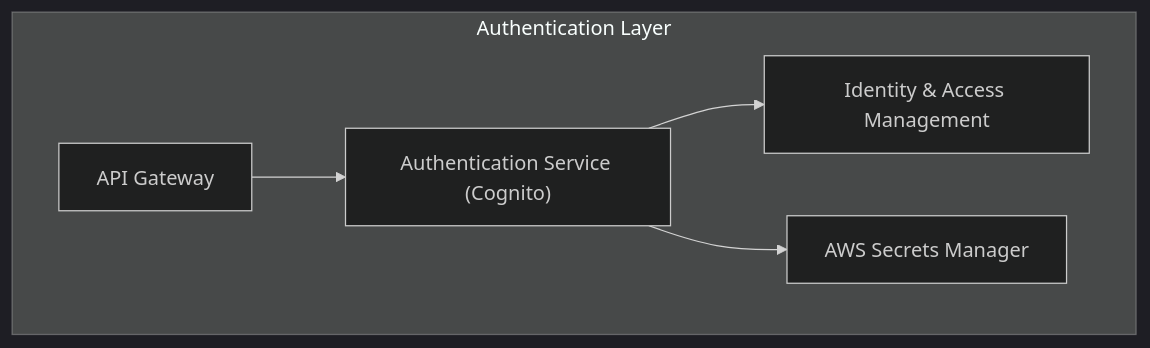
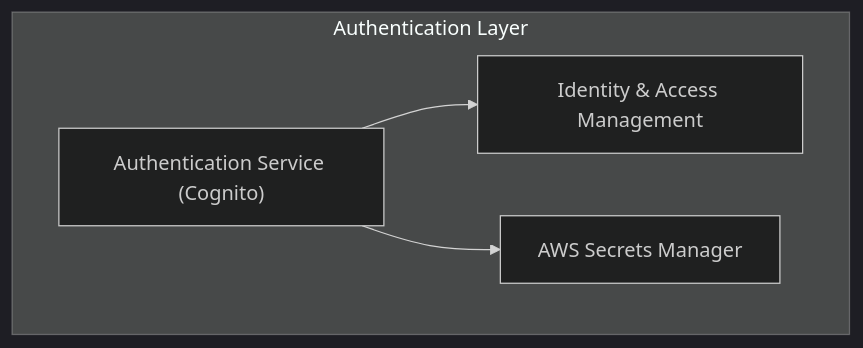
One commit to thezeeshanasghar/sandu changed the third of 15 diagrams in README.md. Above: the diagram before and after it, drawn with Mermaid (dark theme). The commit also changed other lines of this file, not shown here.

````diff
--- a/README.md
+++ b/README.md
@@ -149,8 +155,7 @@
 ```mermaid
 flowchart TD
     subgraph Auth["Authentication Layer"]
-        APIGateway["API Gateway"] --> AuthService["Authentication Service (Cognito)"]
-        AuthService --> IAM["Identity & Access Management"]
+        AuthService["Authentication Service (Cognito)"] --> IAM["Identity & Access Management"]
         AuthService --> SecretsManager["AWS Secrets Manager"]
     end
 ```
````
